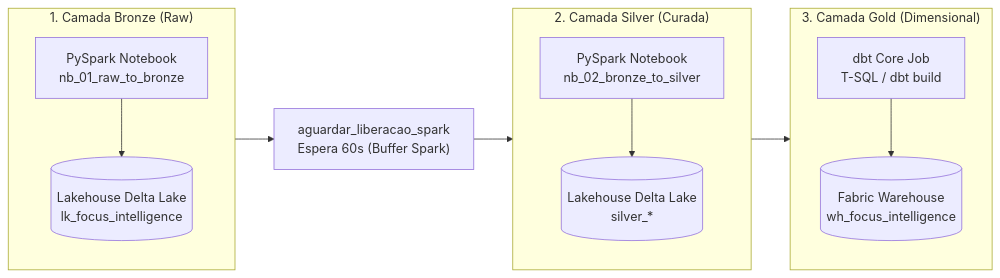
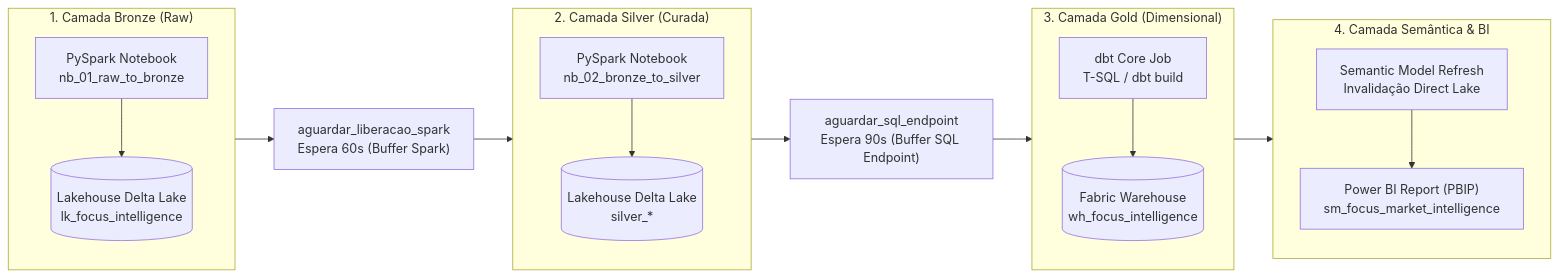
The diagram in docs/pt-br/explicacao/arquitetura-fabric.md (leoserpa/fabric-focus-market-intelligence), drawn with Mermaid before and after one commit. The commit also changed other lines of this file and 9 other files, not shown here.

First line of the commit message:
docs: update architecture diagrams and pipeline execution evidence for 6-stage fabric workflow

````diff
--- a/docs/pt-br/explicacao/arquitetura-fabric.md
+++ b/docs/pt-br/explicacao/arquitetura-fabric.md
@@ -23,27 +23,36 @@
 ```mermaid
 flowchart LR
     subgraph Bronze ["1. Camada Bronze (Raw)"]
         direction TB
         B1["PySpark Notebook<br/>nb_01_raw_to_bronze"]
         B2[("Lakehouse Delta Lake<br/>lk_focus_intelligence")]
         B1 --> B2
     end
 
     subgraph Silver ["2. Camada Silver (Curada)"]
         direction TB
         S1["PySpark Notebook<br/>nb_02_bronze_to_silver"]
         S2[("Lakehouse Delta Lake<br/>silver_*")]
         S1 --> S2
     end
 
     subgraph Gold ["3. Camada Gold (Dimensional)"]
         direction TB
         G1["dbt Core Job<br/>T-SQL / dbt build"]
         G2[("Fabric Warehouse<br/>wh_focus_intelligence")]
         G1 --> G2
     end
 
-    B2 --> W["aguardar_liberacao_spark<br/>Espera 60s (Buffer Spark)"]
-    W --> S1
-    S2 --> G1
+    subgraph Consumo ["4. Camada Semântica & BI"]
+        direction TB
+        R1["Semantic Model Refresh<br/>Invalidação Direct Lake"]
+        R2["Power BI Report (PBIP)<br/>sm_focus_market_intelligence"]
+        R1 --> R2
+    end
+
+    B2 --> W1["aguardar_liberacao_spark<br/>Espera 60s (Buffer Spark)"]
+    W1 --> S1
+    S2 --> W2["aguardar_sql_endpoint<br/>Espera 90s (Buffer SQL Endpoint)"]
+    W2 --> G1
+    G2 --> R1
 ```
````
